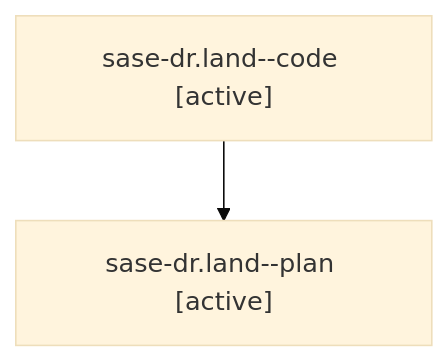
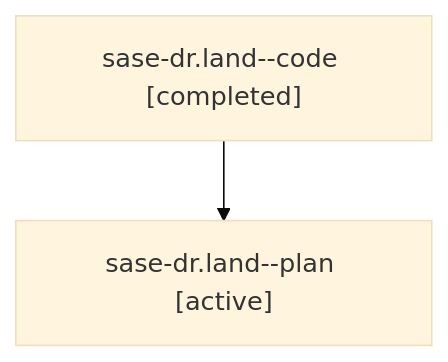
One commit to sase-org/sase--agents changed the diagram in families/bbugyi200.athena.sase-dr.land.md. Above: the diagram before and after it, drawn with Mermaid (base theme). The commit also changed other lines of this file and 5813 other files, not shown here.

````diff
--- a/families/bbugyi200.athena.sase-dr.land.md
+++ b/families/bbugyi200.athena.sase-dr.land.md
@@ -9,6 +9,6 @@
 ```mermaid
 flowchart TD
-  n0["sase-dr.land--code [active]"]
+  n0["sase-dr.land--code [completed]"]
   n1["sase-dr.land--plan [active]"]
   n0 --> n1
 ```
````
